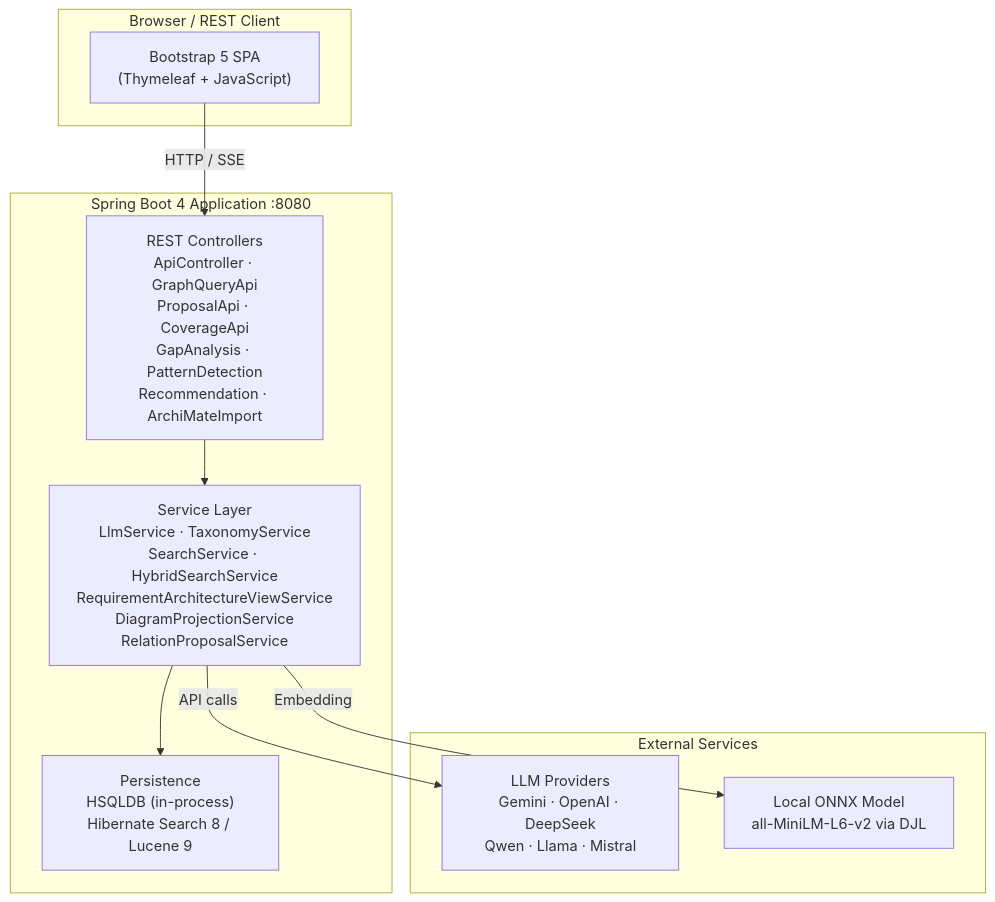
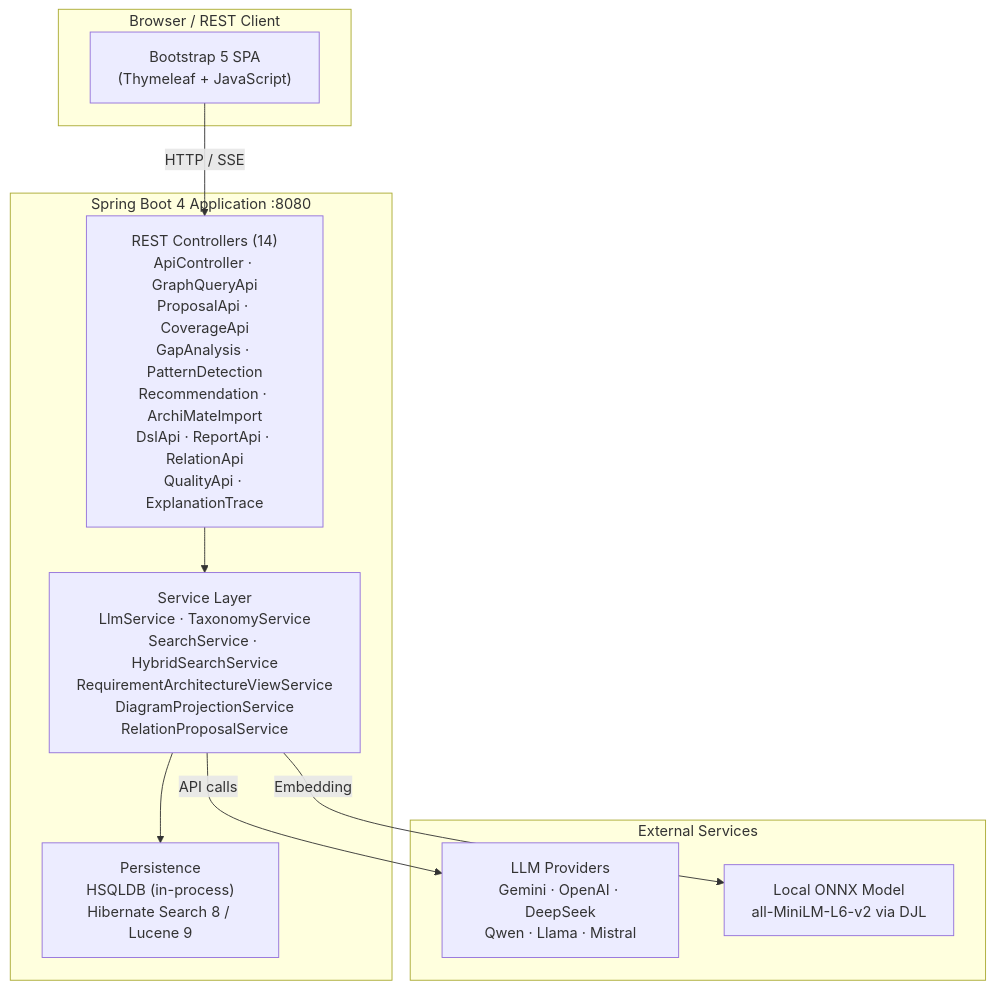
Before and after one commit to carstenartur/Taxonomy: the second of 2 diagrams in README.md, drawn with Mermaid. The commit also changed other lines of this file and 3 other files, not shown here.

````diff
--- a/README.md
+++ b/README.md
@@ -85,23 +87,23 @@
 ```mermaid
 graph TB
     subgraph Client["Browser / REST Client"]
         UI["Bootstrap 5 SPA<br/>(Thymeleaf + JavaScript)"]
     end
 
     subgraph App["Spring Boot 4 Application :8080"]
-        Controllers["REST Controllers<br/>ApiController · GraphQueryApi<br/>ProposalApi · CoverageApi<br/>GapAnalysis · PatternDetection<br/>Recommendation · ArchiMateImport"]
+        Controllers["REST Controllers (14)<br/>ApiController · GraphQueryApi<br/>ProposalApi · CoverageApi<br/>GapAnalysis · PatternDetection<br/>Recommendation · ArchiMateImport<br/>DslApi · ReportApi · RelationApi<br/>QualityApi · ExplanationTrace"]
         Services["Service Layer<br/>LlmService · TaxonomyService<br/>SearchService · HybridSearchService<br/>RequirementArchitectureViewService<br/>DiagramProjectionService<br/>RelationProposalService"]
         Persistence["Persistence<br/>HSQLDB (in-process)<br/>Hibernate Search 8 / Lucene 9"]
     end
 
     subgraph External["External Services"]
         LLM["LLM Providers<br/>Gemini · OpenAI · DeepSeek<br/>Qwen · Llama · Mistral"]
         LocalModel["Local ONNX Model<br/>all-MiniLM-L6-v2 via DJL"]
     end
 
     UI -->|HTTP / SSE| Controllers
     Controllers --> Services
     Services --> Persistence
     Services -->|API calls| LLM
     Services -->|Embedding| LocalModel
 ```
````
